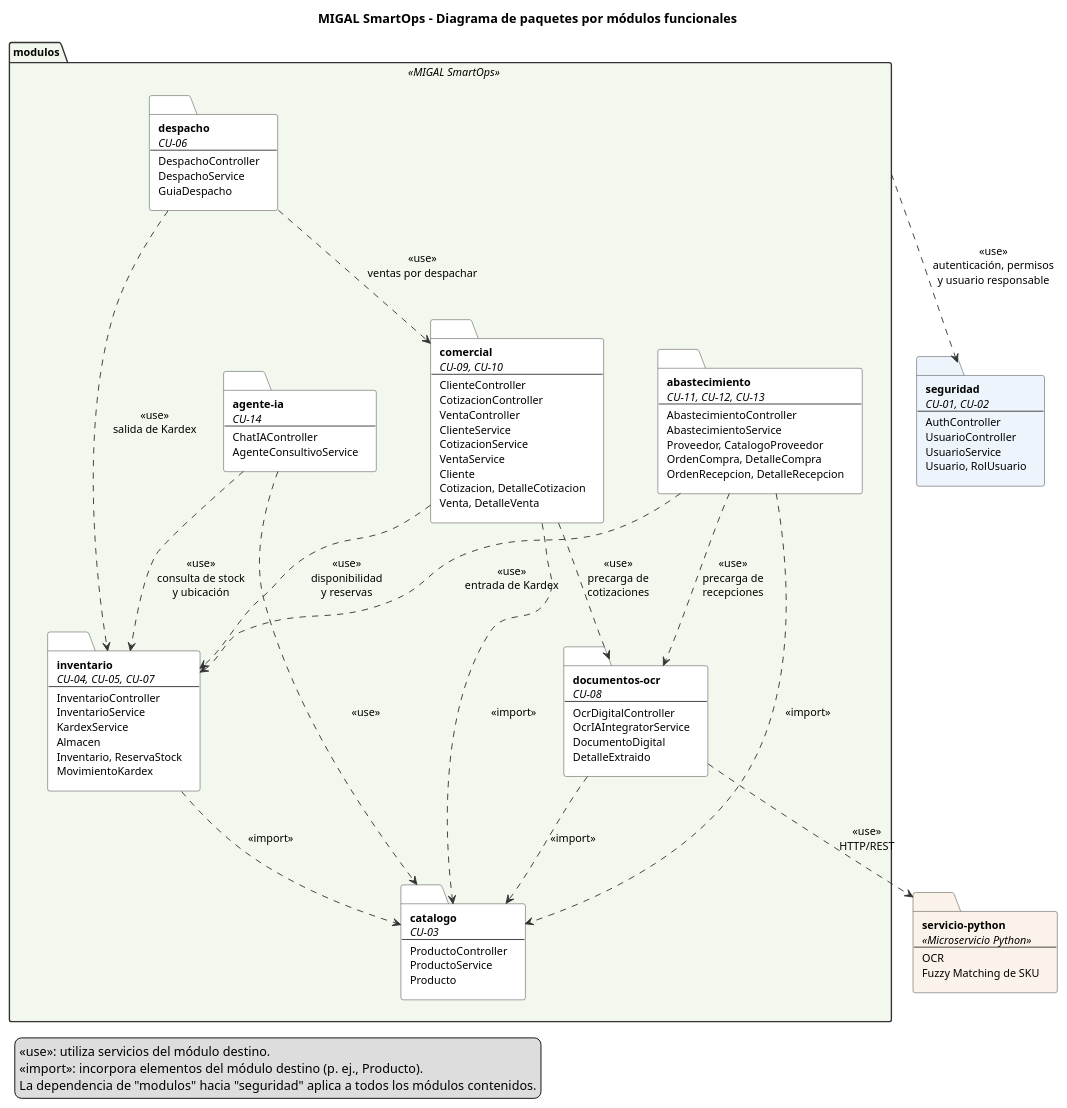
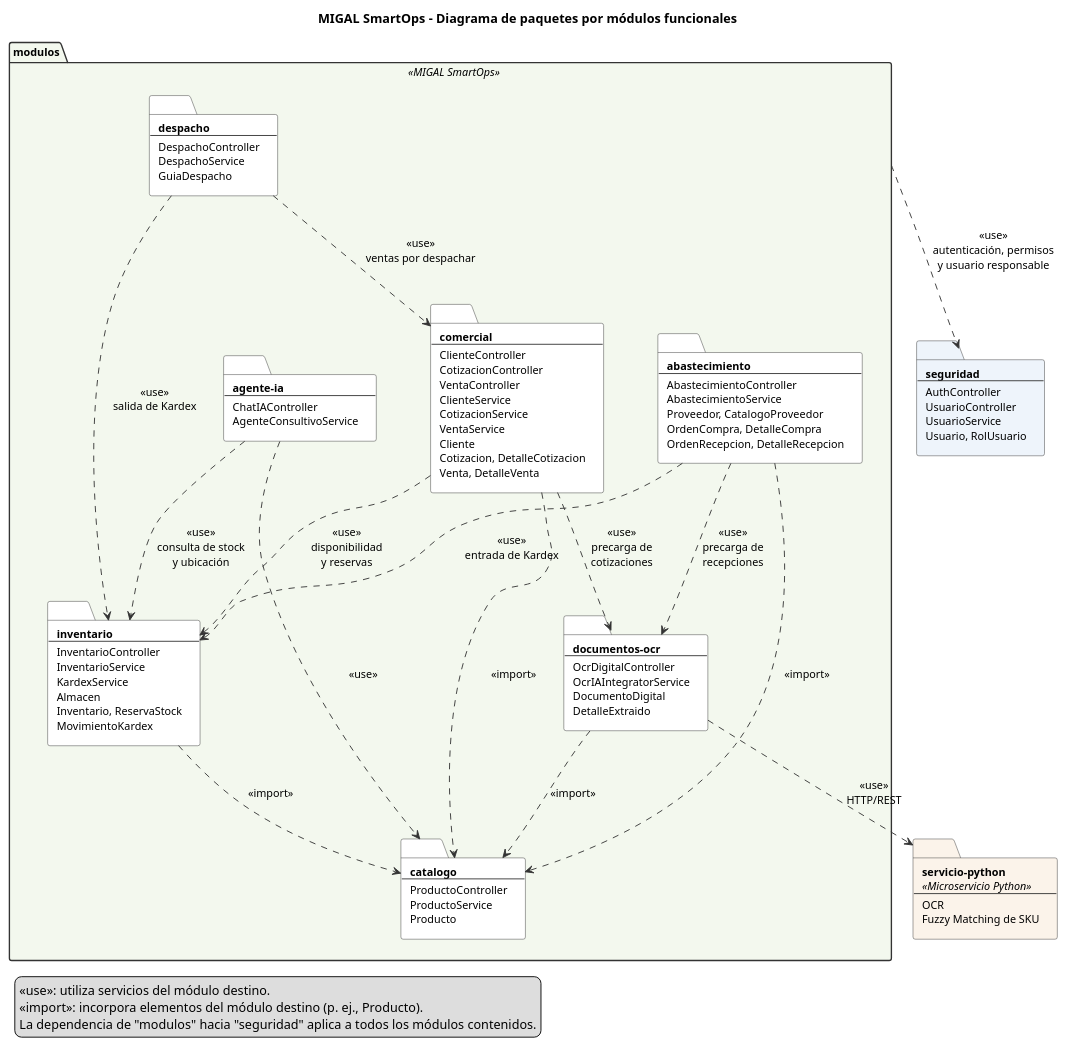
Before and after one commit to brendaf08/MIGAL-SmartOps: the diagram in docs/fuentes/paquetes/MIGAL-PAQ-02-modulos-funcionales.puml, drawn with PlantUML. The commit also changed 2 other files, not shown here.

Commit message:
docs(paquetes): omitir casos de uso en diagrama de módulos funcionales

```diff
--- a/docs/fuentes/paquetes/MIGAL-PAQ-02-modulos-funcionales.puml
+++ b/docs/fuentes/paquetes/MIGAL-PAQ-02-modulos-funcionales.puml
@@ -1,142 +1,133 @@
 @startuml MIGAL-PAQ-02-modulos-funcionales
 ' Diagrama de paquetes de MIGAL SmartOps: módulos funcionales.
-' Los elementos de cada módulo corresponden a docs/modelo-y-diccionario-clases.md
-' y los casos de uso a docs/casos-de-uso.md.
+' Los elementos de cada módulo corresponden a docs/modelo-y-diccionario-clases.md.
 
 skinparam shadowing false
 skinparam defaultFontName Arial
 skinparam defaultFontSize 12
 skinparam packageStyle folder
 skinparam nodesep 60
 skinparam ranksep 70
 skinparam ArrowColor #333333
 skinparam PackageBorderColor #333333
 skinparam FolderBorderColor #333333
 skinparam FolderBackgroundColor #FFFFFF
 
 title MIGAL SmartOps - Diagrama de paquetes por módulos funcionales
 
 package "modulos" <<MIGAL SmartOps>> as modulos #F3F8EE {
 
   folder agente_ia [
     <b>agente-ia</b>
-    <i>CU-14</i>
     ----
     ChatIAController
     AgenteConsultivoService
   ]
 
   folder comercial [
     <b>comercial</b>
-    <i>CU-09, CU-10</i>
     ----
     ClienteController
     CotizacionController
     VentaController
     ClienteService
     CotizacionService
     VentaService
     Cliente
     Cotizacion, DetalleCotizacion
     Venta, DetalleVenta
   ]
 
   folder despacho [
     <b>despacho</b>
-    <i>CU-06</i>
     ----
     DespachoController
     DespachoService
     GuiaDespacho
   ]
 
   folder abastecimiento [
     <b>abastecimiento</b>
-    <i>CU-11, CU-12, CU-13</i>
     ----
     AbastecimientoController
     AbastecimientoService
     Proveedor, CatalogoProveedor
     OrdenCompra, DetalleCompra
     OrdenRecepcion, DetalleRecepcion
   ]
 
   folder documentos_ocr [
     <b>documentos-ocr</b>
-    <i>CU-08</i>
     ----
     OcrDigitalController
     OcrIAIntegratorService
     DocumentoDigital
     DetalleExtraido
   ]
 
   folder inventario [
     <b>inventario</b>
-    <i>CU-04, CU-05, CU-07</i>
     ----
     InventarioController
     InventarioService
     KardexService
     Almacen
     Inventario, ReservaStock
     MovimientoKardex
   ]
 
   folder catalogo [
     <b>catalogo</b>
-    <i>CU-03</i>
     ----
     ProductoController
     ProductoService
     Producto
   ]
 }
 
 folder seguridad #EEF4FB [
   <b>seguridad</b>
-  <i>CU-01, CU-02</i>
   ----
   AuthController
   UsuarioController
   UsuarioService
   Usuario, RolUsuario
 ]
 
 folder servicio_python #FBF3EA [
   <b>servicio-python</b>
   <i><<Microservicio Python>></i>
   ----
   OCR
   Fuzzy Matching de SKU
 ]
 
 ' Dependencias entre módulos
 agente_ia ..> inventario : <<use>>\nconsulta de stock\ny ubicación
 agente_ia ..> catalogo : <<use>>
 
 comercial ..> inventario : <<use>>\ndisponibilidad\ny reservas
 comercial ..> catalogo : <<import>>
 comercial ..> documentos_ocr : <<use>>\nprecarga de\ncotizaciones
 
 despacho ..> comercial : <<use>>\nventas por despachar
 despacho ..> inventario : <<use>>\nsalida de Kardex
 
 abastecimiento ..> inventario : <<use>>\nentrada de Kardex
 abastecimiento ..> catalogo : <<import>>
 abastecimiento ..> documentos_ocr : <<use>>\nprecarga de\nrecepciones
 
 documentos_ocr ..> catalogo : <<import>>
 documentos_ocr ..> servicio_python : <<use>>\nHTTP/REST
 
 inventario ..> catalogo : <<import>>
 
 modulos ..> seguridad : <<use>>\nautenticación, permisos\ny usuario responsable
 
 legend bottom left
   <<use>>: utiliza servicios del módulo destino.
   <<import>>: incorpora elementos del módulo destino (p. ej., Producto).
   La dependencia de "modulos" hacia "seguridad" aplica a todos los módulos contenidos.
 endlegend
 
 @enduml
```
